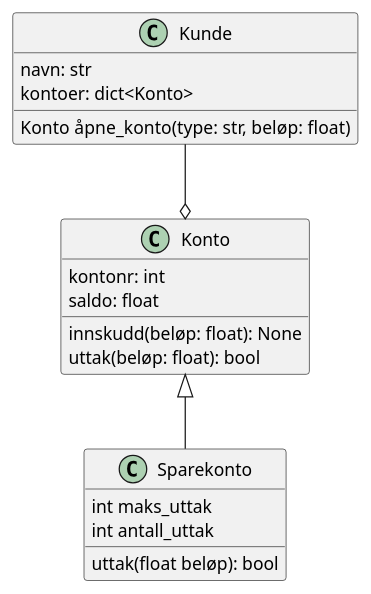
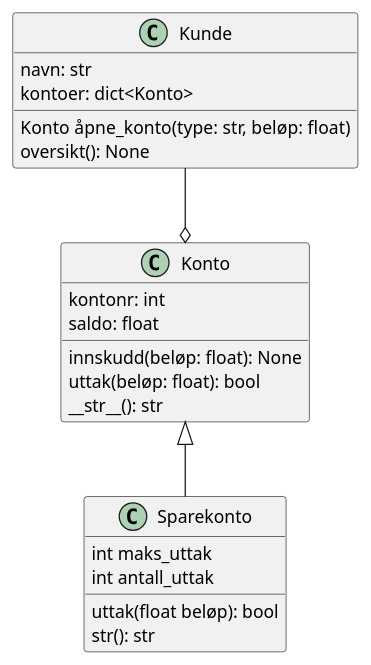
Before and after one commit to johanhake/it2-kodeekssempler-25-26: the diagram in runde3/løsningsforslag/prøve_13.2/bank.plantuml, drawn with PlantUML. The commit also changed 2 other files, not shown here.

Commit message:
La til oversikt til kunde klassen

```diff
--- a/runde3/løsningsforslag/prøve_13.2/bank.plantuml
+++ b/runde3/løsningsforslag/prøve_13.2/bank.plantuml
@@ -1,27 +1,29 @@
 @startuml bank
 
 class Kunde{
     navn: str
     kontoer: dict<Konto>
     Konto åpne_konto(type: str, beløp: float)
-
+    oversikt(): None
 }
 
 class Konto{
     kontonr: int
     saldo: float
     innskudd(beløp: float): None
     uttak(beløp: float): bool
+    __str__(): str
 }
 
 class Sparekonto{
     int maks_uttak
     int antall_uttak
     uttak(float beløp): bool
+    str(): str
 }
 
 
 Kunde --o Konto
 Konto <|-- Sparekonto
 
 @enduml
```
